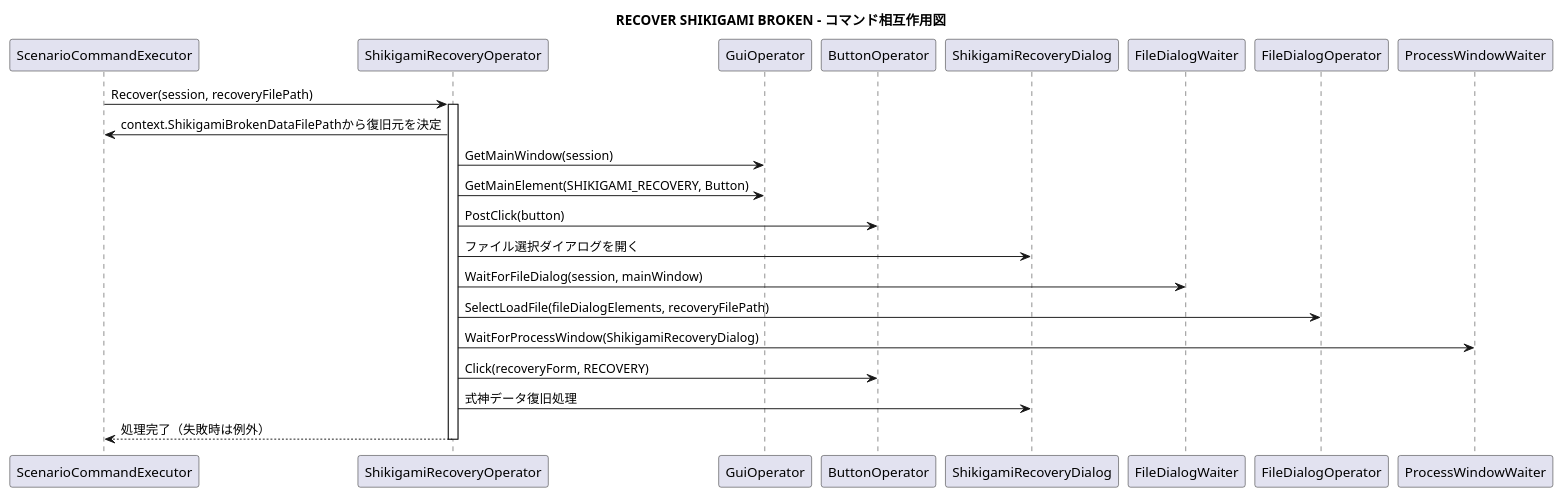
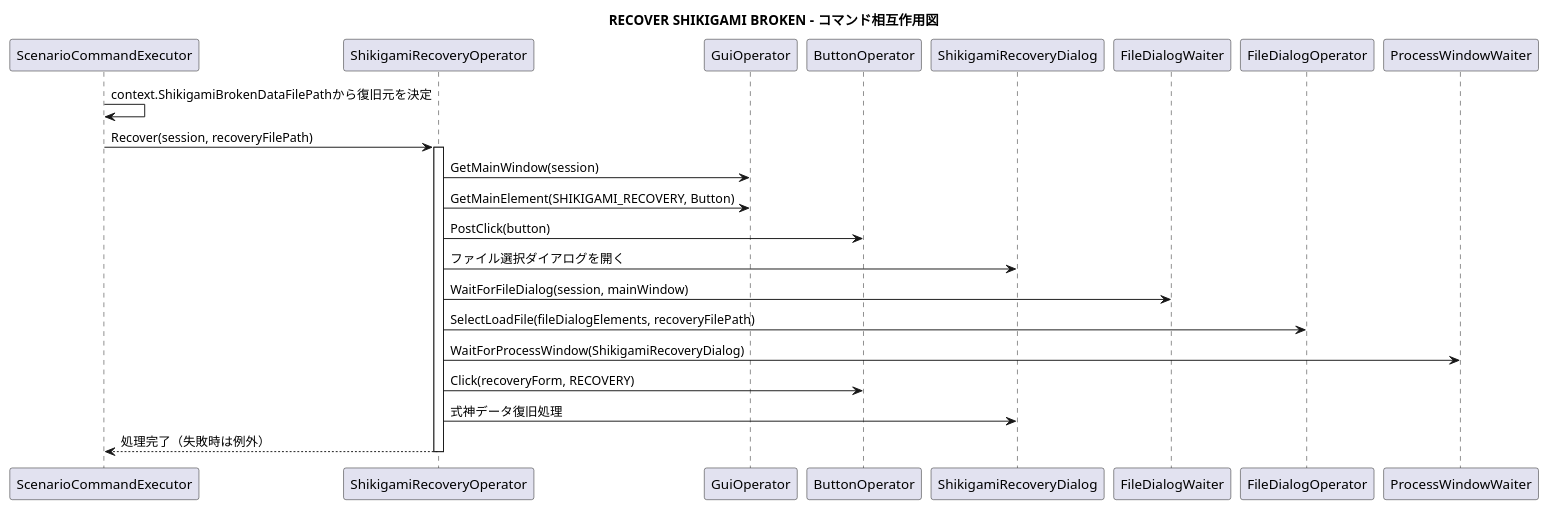
The diagram in Document/ScenarioRunner/Diagram/CommandInteraction/ShikigamiData/RecoverShikigamiBroken.wsd (Staraptor0398/ShikigamiStatusCalculator), drawn with PlantUML before and after one commit. The commit also changed 7 other files, not shown here.

Commit message:
Fix Scenario Runner interaction diagrams to match implementation

```diff
--- a/Document/ScenarioRunner/Diagram/CommandInteraction/ShikigamiData/RecoverShikigamiBroken.wsd
+++ b/Document/ScenarioRunner/Diagram/CommandInteraction/ShikigamiData/RecoverShikigamiBroken.wsd
@@ -1,29 +1,29 @@
 @startuml
 title RECOVER SHIKIGAMI BROKEN - コマンド相互作用図
 skinparam responseMessageBelowArrow true
 ' Source: ScenarioRunner.Engine/Execution/ScenarioCommandExecutor.cs
 ' Source: ScenarioRunner.Engine/Automation/Operator/Feature/ShikigamiRecoveryOperator.cs
 participant "ScenarioCommandExecutor" as EX
 participant "ShikigamiRecoveryOperator" as O
 participant "GuiOperator" as GO
 participant "ButtonOperator" as BO
 participant "ShikigamiRecoveryDialog" as GUI
 participant "FileDialogWaiter" as FDW
 participant "FileDialogOperator" as FDO
 participant "ProcessWindowWaiter" as PW
 
+EX -> EX : context.ShikigamiBrokenDataFilePathから復旧元を決定
 EX -> O : Recover(session, recoveryFilePath)
 activate O
-O -> EX : context.ShikigamiBrokenDataFilePathから復旧元を決定
 O -> GO : GetMainWindow(session)
 O -> GO : GetMainElement(SHIKIGAMI_RECOVERY, Button)
 O -> BO : PostClick(button)
 O -> GUI : ファイル選択ダイアログを開く
 O -> FDW : WaitForFileDialog(session, mainWindow)
 O -> FDO : SelectLoadFile(fileDialogElements, recoveryFilePath)
 O -> PW : WaitForProcessWindow(ShikigamiRecoveryDialog)
 O -> BO : Click(recoveryForm, RECOVERY)
 O -> GUI : 式神データ復旧処理
 O --> EX : 処理完了（失敗時は例外）
 deactivate O
 @enduml
```
